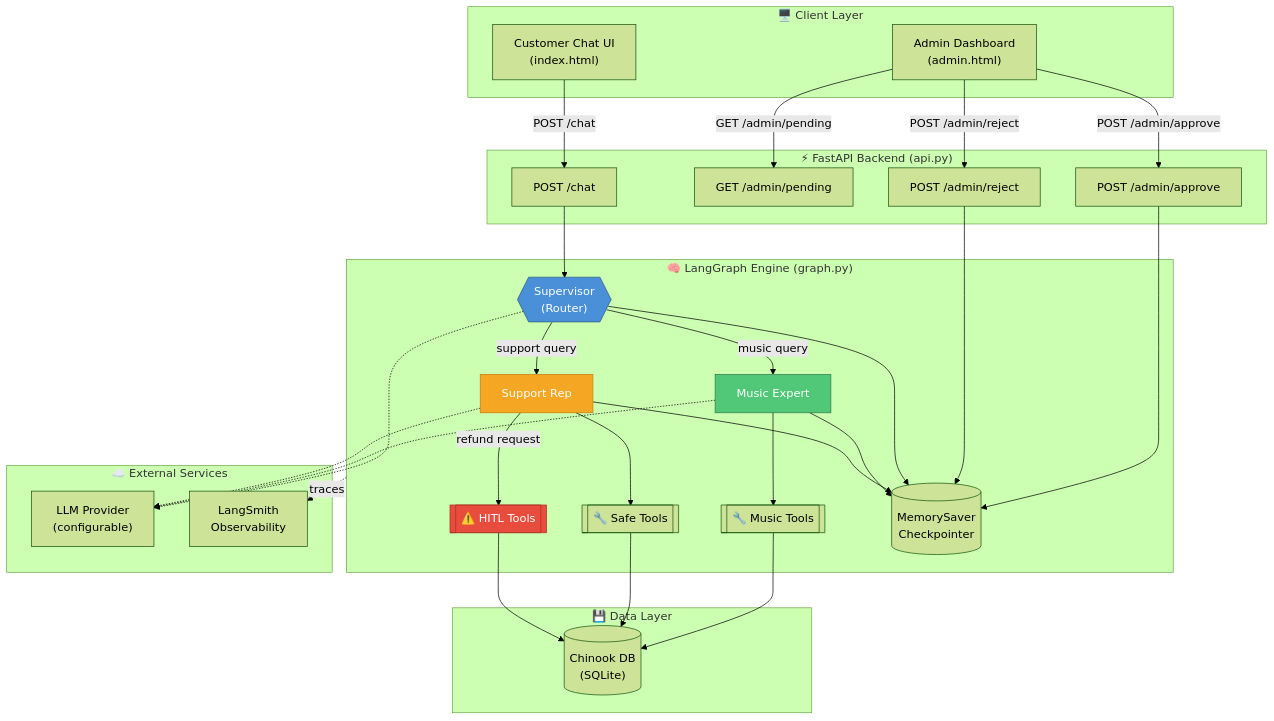
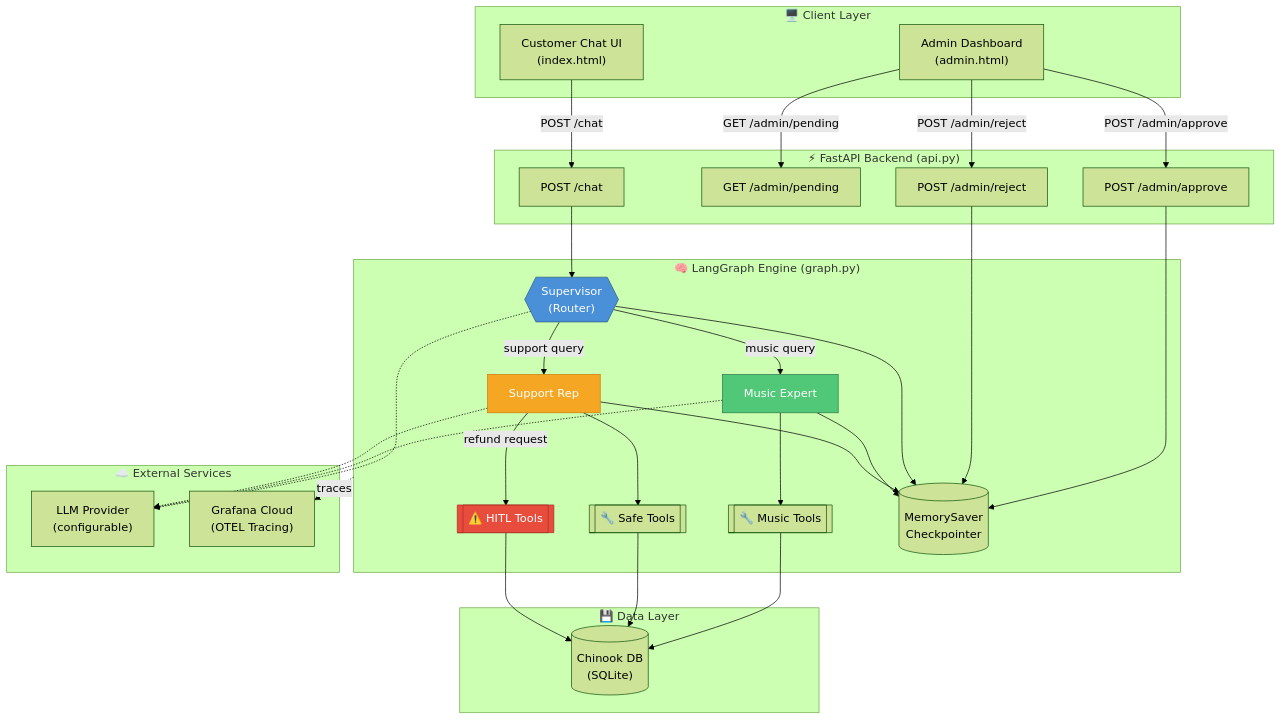
One commit to scarolan/music_store_assistant changed the first of 10 diagrams in ARCHITECTURE.md. Above: the diagram before and after it, drawn with Mermaid (forest theme). The commit also changed other lines of this file and 4 other files, not shown here.

````diff
--- a/ARCHITECTURE.md
+++ b/ARCHITECTURE.md
@@ -7,68 +7,68 @@
 ```mermaid
 flowchart TB
     subgraph Client["🖥️ Client Layer"]
         chat["Customer Chat UI<br/>(index.html)"]
         admin["Admin Dashboard<br/>(admin.html)"]
     end
 
     subgraph API["⚡ FastAPI Backend (api.py)"]
         chatEndpoint["POST /chat"]
         pendingEndpoint["GET /admin/pending"]
         approveEndpoint["POST /admin/approve"]
         rejectEndpoint["POST /admin/reject"]
     end
 
     subgraph Graph["🧠 LangGraph Engine (graph.py)"]
         supervisor{{"Supervisor<br/>(Router)"}}
         music["Music Expert"]
         support["Support Rep"]
         musicTools[["🔧 Music Tools"]]
         safeTools[["🔧 Safe Tools"]]
         hitlTools[["⚠️ HITL Tools"]]
         checkpointer[("MemorySaver<br/>Checkpointer")]
     end
 
     subgraph Data["💾 Data Layer"]
         chinook[("Chinook DB<br/>(SQLite)")]
     end
 
     subgraph External["☁️ External Services"]
         llm["LLM Provider<br/>(configurable)"]
-        langsmith["LangSmith<br/>Observability"]
+        grafana["Grafana Cloud<br/>(OTEL Tracing)"]
     end
 
     chat -->|"POST /chat"| chatEndpoint
     admin -->|"GET /admin/pending"| pendingEndpoint
     admin -->|"POST /admin/approve"| approveEndpoint
     admin -->|"POST /admin/reject"| rejectEndpoint
 
     chatEndpoint --> supervisor
     approveEndpoint --> checkpointer
     rejectEndpoint --> checkpointer
 
     supervisor -->|"music query"| music
     supervisor -->|"support query"| support
     
     music --> musicTools
     support --> safeTools
     support -->|"refund request"| hitlTools
     
     musicTools --> chinook
     safeTools --> chinook
     hitlTools --> chinook
 
     supervisor --> checkpointer
     music --> checkpointer
     support --> checkpointer
 
     supervisor -.-> llm
     music -.-> llm
     support -.-> llm
 
-    Graph -.->|"traces"| langsmith
+    Graph -.->|"traces"| grafana
 
     style supervisor fill:#4a90d9,stroke:#2d5a87,color:#fff
     style music fill:#50c878,stroke:#2d7a4a,color:#fff
     style support fill:#f5a623,stroke:#c77d0a,color:#fff
     style hitlTools fill:#e74c3c,stroke:#a93226,color:#fff
 ```
````
